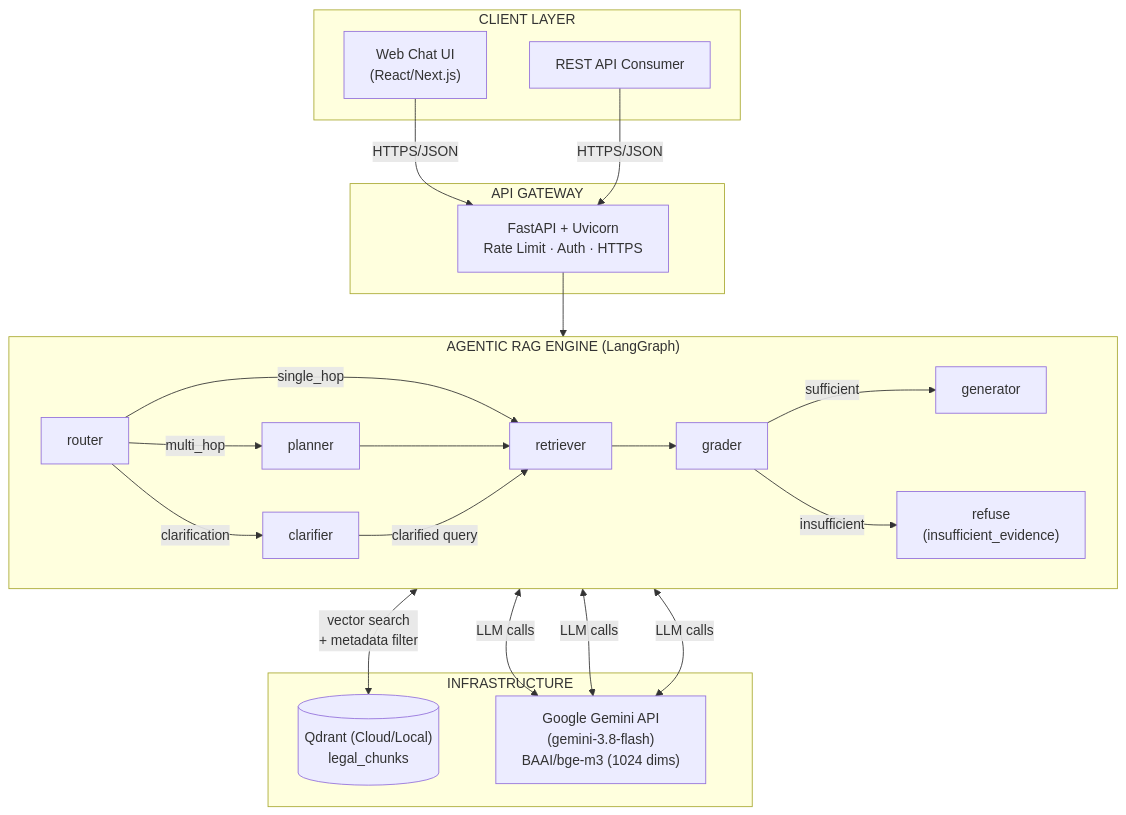
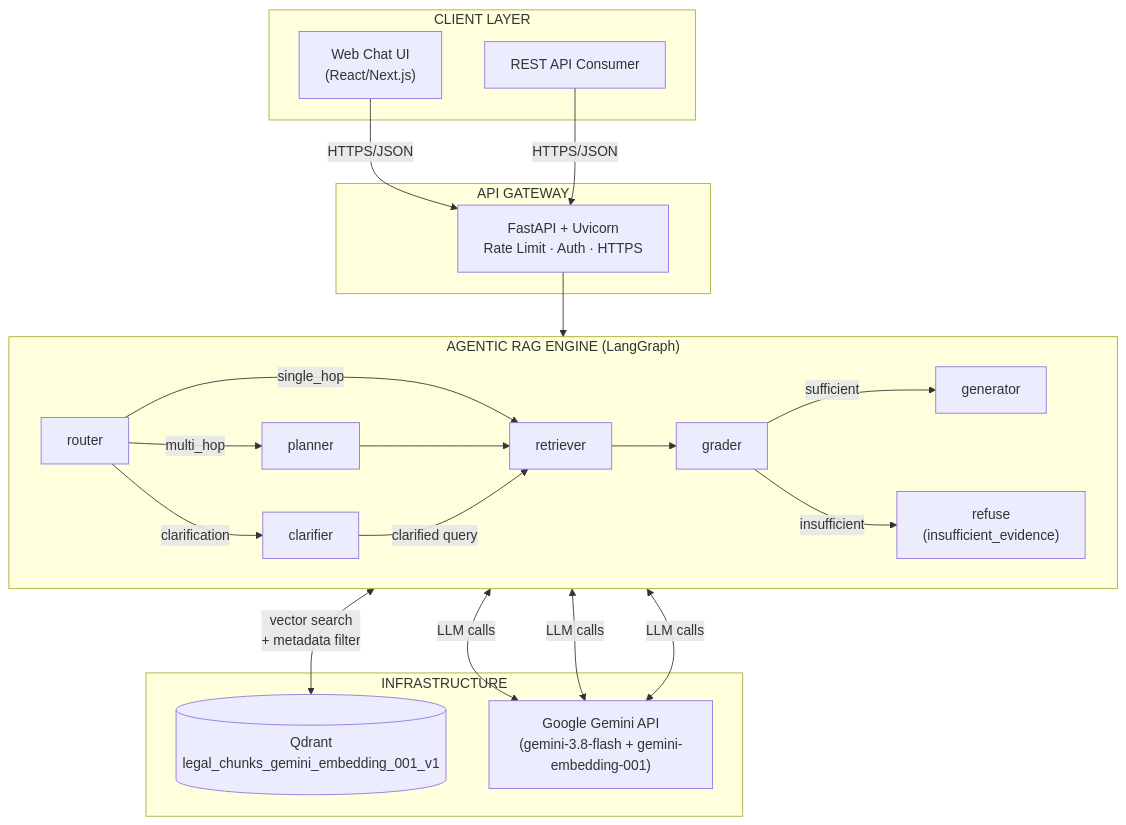
Before and after one commit to dovh25/agentic-rag-legal-qa-hanoi: the first of 4 diagrams in docs/PRD.md, drawn with Mermaid. The commit also changed other lines of this file and 42 other files, not shown here.

````diff
--- a/docs/PRD.md
+++ b/docs/PRD.md
@@ -302,40 +302,40 @@
 ```mermaid
 graph TB
     subgraph CLIENT["CLIENT LAYER"]
         UI["Web Chat UI\n(React/Next.js)"]
         API_C["REST API Consumer"]
     end
 
     subgraph GW["API GATEWAY"]
         FA["FastAPI + Uvicorn\nRate Limit · Auth · HTTPS"]
     end
 
     subgraph ENGINE["AGENTIC RAG ENGINE (LangGraph)"]
         direction LR
         ROUTER["router"]
         PLANNER["planner"]
         RETRIEVER["retriever"]
         GRADER["grader"]
         GENERATOR["generator"]
         CLARIFIER["clarifier"]
 
         ROUTER -->|multi_hop| PLANNER
         ROUTER -->|single_hop| RETRIEVER
         ROUTER -->|clarification| CLARIFIER
         PLANNER --> RETRIEVER
         RETRIEVER --> GRADER
         GRADER -->|sufficient| GENERATOR
         GRADER -->|insufficient| REFUSE["refuse\n(insufficient_evidence)"]
         CLARIFIER -->|clarified query| RETRIEVER
     end
 
     subgraph INFRA["INFRASTRUCTURE"]
-        QDRANT[("Qdrant (Cloud/Local)\nlegal_chunks")]
-        LLM["Google Gemini API\n(gemini-3.8-flash)\nBAAI/bge-m3 (1024 dims)"]
+        QDRANT[("Qdrant\nlegal_chunks_gemini_embedding_001_v1")]
+        LLM["Google Gemini API\n(gemini-3.8-flash + gemini-embedding-001)"]
     end
 
     UI & API_C -->|HTTPS/JSON| FA
     FA --> ENGINE
     RETRIEVER <-->|vector search\n+ metadata filter| QDRANT
     ROUTER & PLANNER & GENERATOR <-->|LLM calls| LLM
 ```
````
